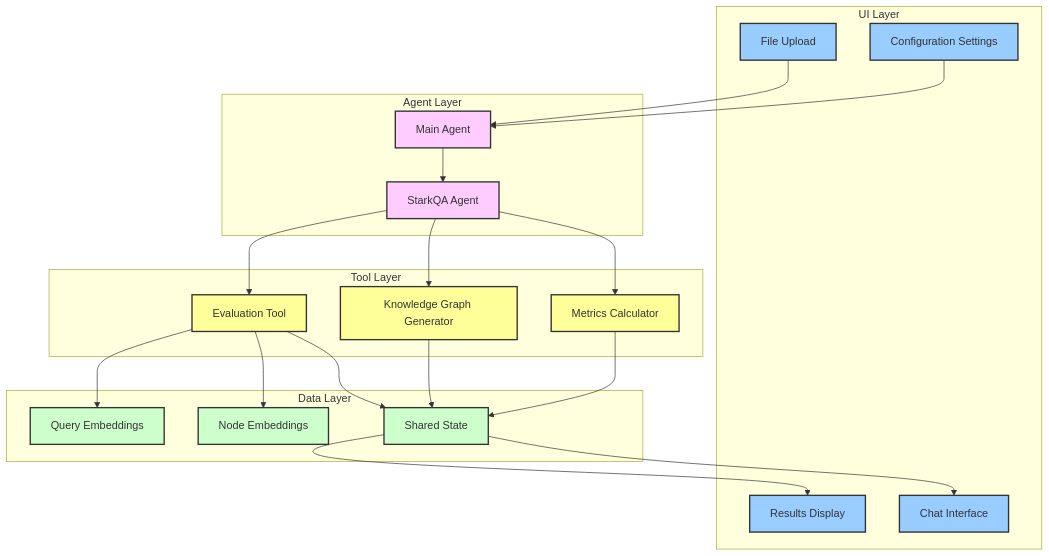
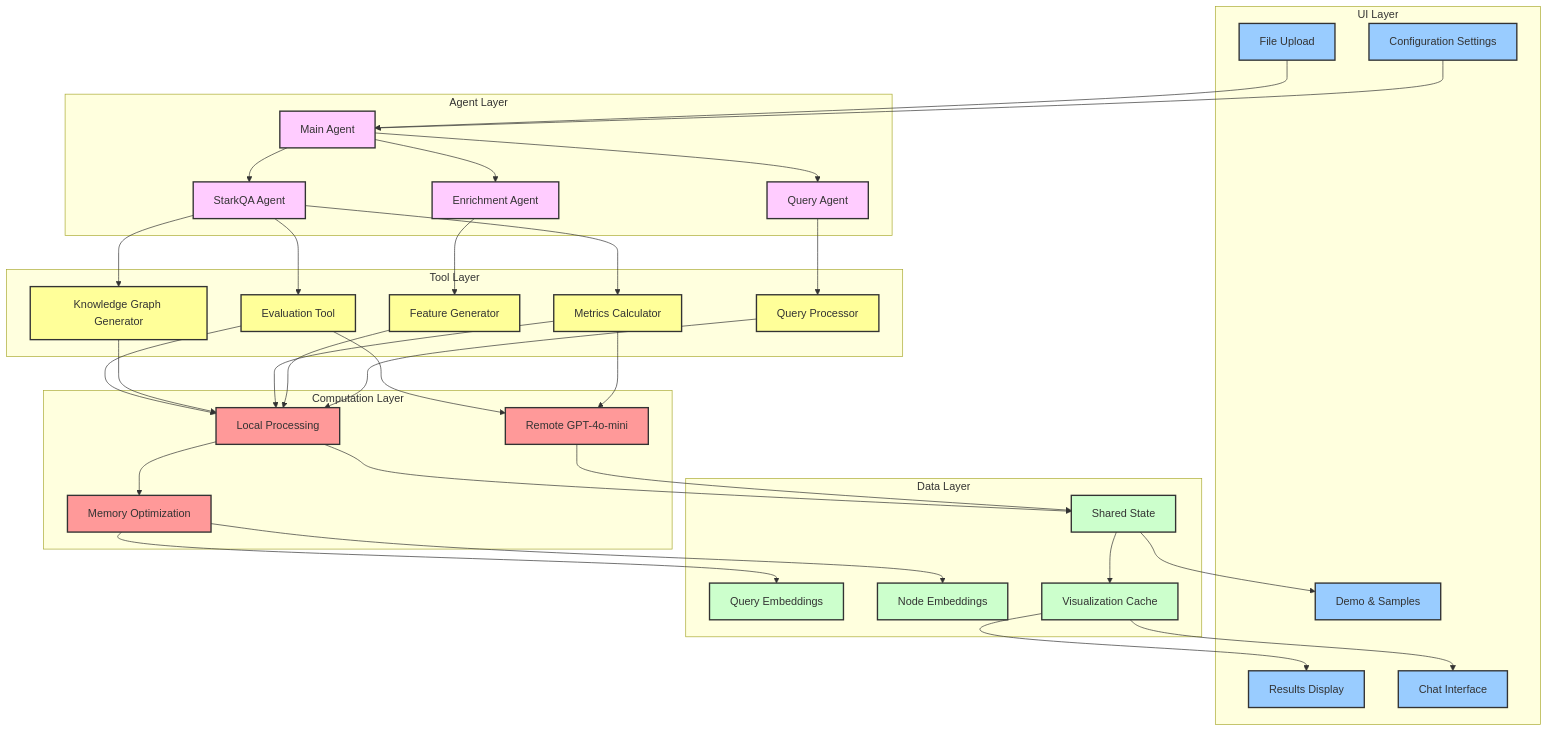
The second of 5 diagrams in README.md (ansh-info/stark-agent), drawn with Mermaid before and after one commit. The commit also changed other lines of this file, not shown here.

Commit message:
Add: Mermaid with Data Flow Diagram with Remote Processing

````diff
--- a/README.md
+++ b/README.md
@@ -80,53 +129,82 @@
 ```mermaid
 graph TD
     subgraph "UI Layer"
         A1[File Upload]
         A2[Configuration Settings]
         A3[Results Display]
         A4[Chat Interface]
+        A5[Demo & Samples]
     end
 
     subgraph "Agent Layer"
         B1[Main Agent]
         B2[StarkQA Agent]
+        B3[Enrichment Agent]
+        B4[Query Agent]
     end
 
     subgraph "Tool Layer"
         C1[Evaluation Tool]
         C2[Knowledge Graph Generator]
         C3[Metrics Calculator]
+        C4[Feature Generator]
+        C5[Query Processor]
+    end
+
+    subgraph "Computation Layer"
+        D1[Local Processing]
+        D2[Remote GPT-4o-mini]
+        D3[Memory Optimization]
     end
 
     subgraph "Data Layer"
-        D1[Query Embeddings]
-        D2[Node Embeddings]
-        D3[Shared State]
+        E1[Query Embeddings]
+        E2[Node Embeddings]
+        E3[Shared State]
+        E4[Visualization Cache]
     end
 
     A1 --> B1
     A2 --> B1
     B1 --> B2
+    B1 --> B3
+    B1 --> B4
+
     B2 --> C1
     B2 --> C2
     B2 --> C3
+    B3 --> C4
+    B4 --> C5
 
     C1 --> D1
     C1 --> D2
-    C1 --> D3
-    C2 --> D3
-    C3 --> D3
+    C2 --> D1
+    C3 --> D1
+    C3 --> D2
+    C4 --> D1
+    C5 --> D1
 
-    D3 --> A3
-    D3 --> A4
+    D1 --> D3
+    D3 --> E1
+    D3 --> E2
+    D1 --> E3
+    D2 --> E3
+
+    E3 --> E4
+    E4 --> A3
+    E4 --> A4
+    E3 --> A5
 
     %% Styling
     classDef ui fill:#9cf,stroke:#333,stroke-width:2px
     classDef agent fill:#fcf,stroke:#333,stroke-width:2px
     classDef tool fill:#ff9,stroke:#333,stroke-width:2px
+    classDef compute fill:#f99,stroke:#333,stroke-width:2px
     classDef data fill:#cfc,stroke:#333,stroke-width:2px
 
-    class A1,A2,A3,A4 ui
-    class B1,B2 agent
-    class C1,C2,C3 tool
-    class D1,D2,D3 data
+    class A1,A2,A3,A4,A5 ui
+    class B1,B2,B3,B4 agent
+    class C1,C2,C3,C4,C5 tool
+    class D1,D2,D3 compute
+    class E1,E2,E3,E4 data
 ```
````
